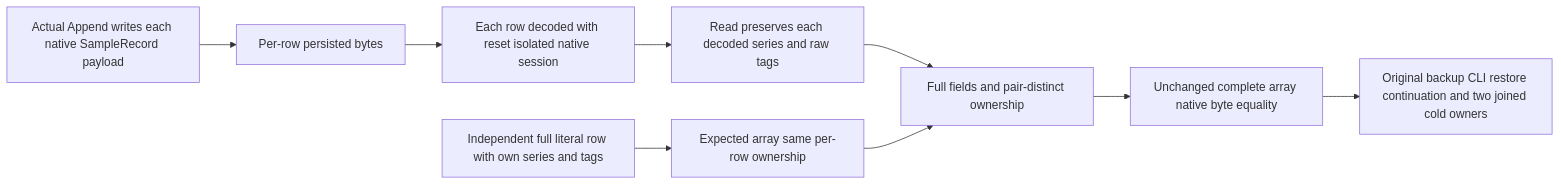
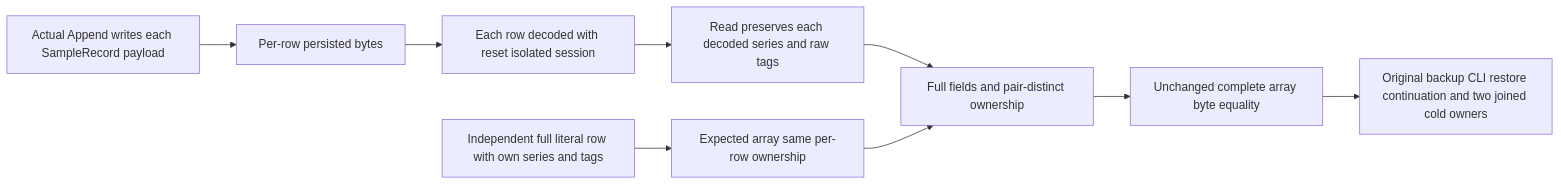
Before and after one commit to managedcode/KeyLoad: the diagram in docs/Features/BackupRestore/SeriesIndependentRowWireOracle.md, drawn with Mermaid. The commit also changed other lines of this file and 9016 other files, not shown here.

````diff
--- a/docs/Features/BackupRestore/SeriesIndependentRowWireOracle.md
+++ b/docs/Features/BackupRestore/SeriesIndependentRowWireOracle.md
@@ -9,11 +9,11 @@
 ```mermaid
 flowchart LR
-    A[Actual Append writes each native SampleRecord payload] --> S[Per-row persisted bytes]
-    S --> D[Each row decoded with reset isolated native session]
+    A[Actual Append writes each SampleRecord payload] --> S[Per-row persisted bytes]
+    S --> D[Each row decoded with reset isolated session]
     D --> R[Read preserves each decoded series and raw tags]
     L[Independent full literal row with own series and tags] --> E[Expected array same per-row ownership]
     R --> P[Full fields and pair-distinct ownership]
     E --> P
-    P --> B[Unchanged complete array native byte equality]
+    P --> B[Unchanged complete array byte equality]
     B --> C[Original backup CLI restore continuation and two joined cold owners]
 ```
````
